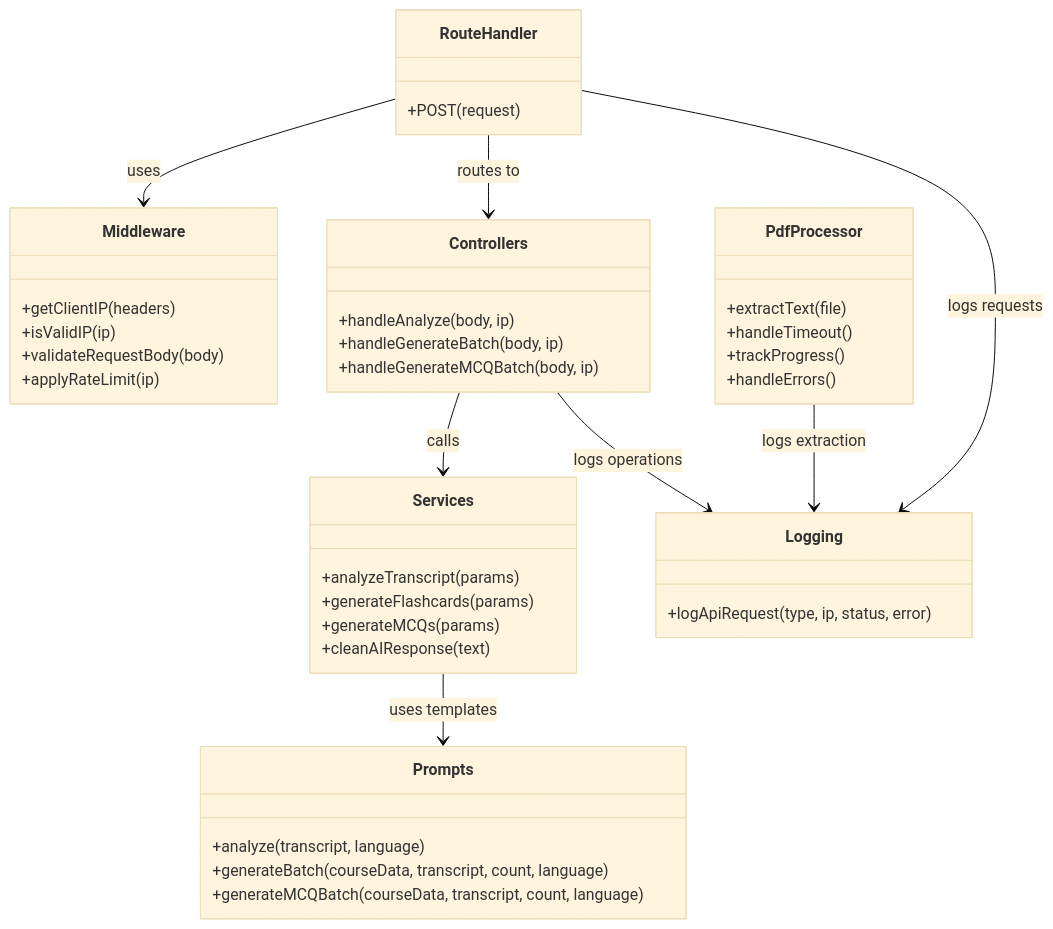
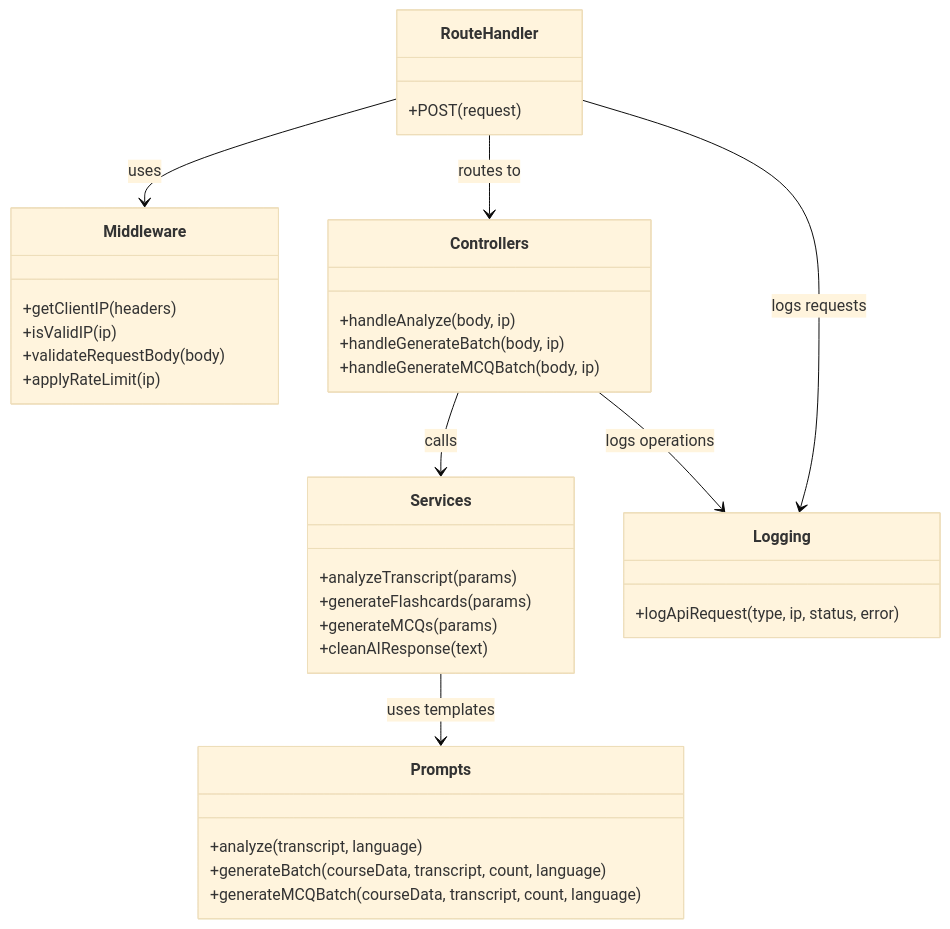
Before and after one commit to CyranoB/flash_cards: the fourth of 4 diagrams in docs/architecture_diagram.md, drawn with Mermaid (base theme). The commit also changed other lines of this file and 5 other files, not shown here.

````diff
--- a/docs/architecture_diagram.md
+++ b/docs/architecture_diagram.md
@@ -119,51 +161,44 @@
 ```mermaid
 classDiagram
     class RouteHandler {
         +POST(request)
     }
     
     class Middleware {
         +getClientIP(headers)
         +isValidIP(ip)
         +validateRequestBody(body)
         +applyRateLimit(ip)
     }
     
     class Controllers {
         +handleAnalyze(body, ip)
         +handleGenerateBatch(body, ip)
         +handleGenerateMCQBatch(body, ip)
     }
     
     class Services {
         +analyzeTranscript(params)
         +generateFlashcards(params)
         +generateMCQs(params)
         +cleanAIResponse(text)
     }
     
     class Prompts {
         +analyze(transcript, language)
         +generateBatch(courseData, transcript, count, language)
         +generateMCQBatch(courseData, transcript, count, language)
     }
     
     class Logging {
         +logApiRequest(type, ip, status, error)
     }
-    
-    class PdfProcessor {
-        +extractText(file)
-        +handleTimeout()
-        +trackProgress()
-        +handleErrors()
-    }
-    
+
     RouteHandler --> Middleware : uses
     RouteHandler --> Controllers : routes to
     Controllers --> Services : calls
     Services --> Prompts : uses templates
     RouteHandler --> Logging : logs requests
     Controllers --> Logging : logs operations
-    PdfProcessor --> Logging : logs extraction
+    %% PdfProcessor removed as it's no longer used %%
 ```
````
